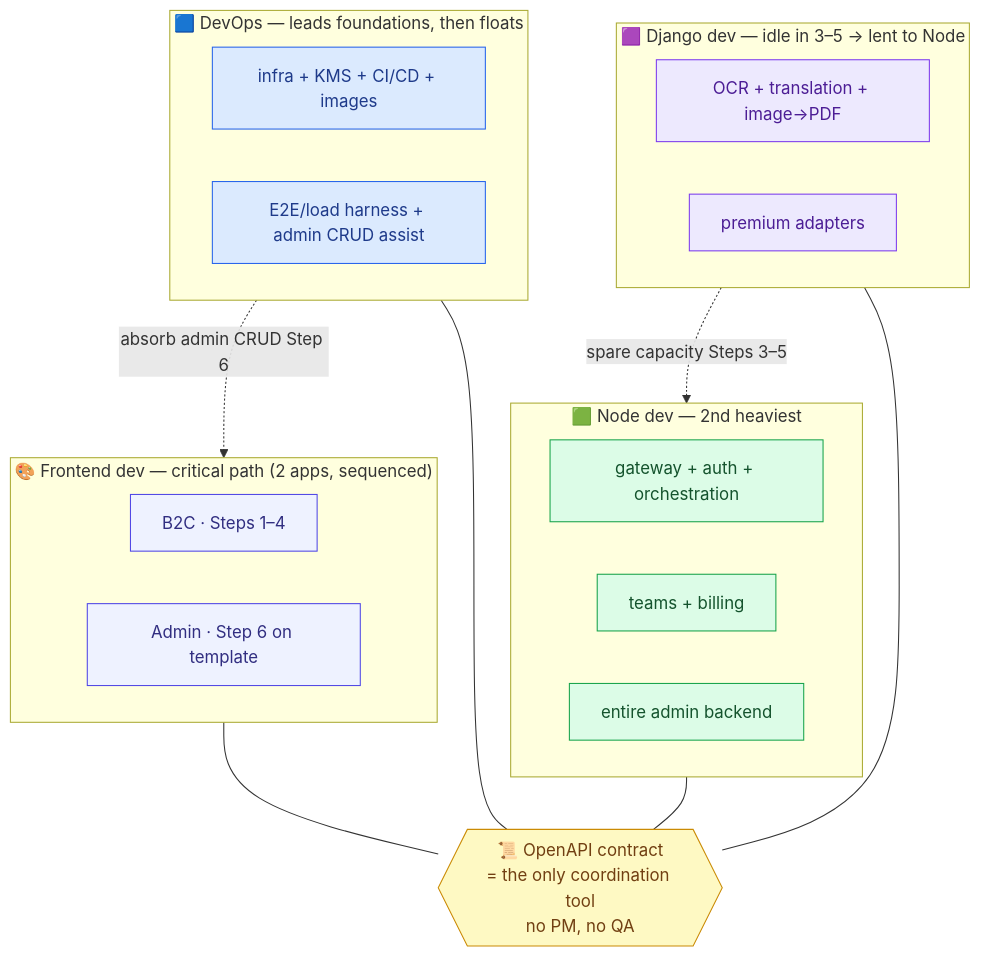
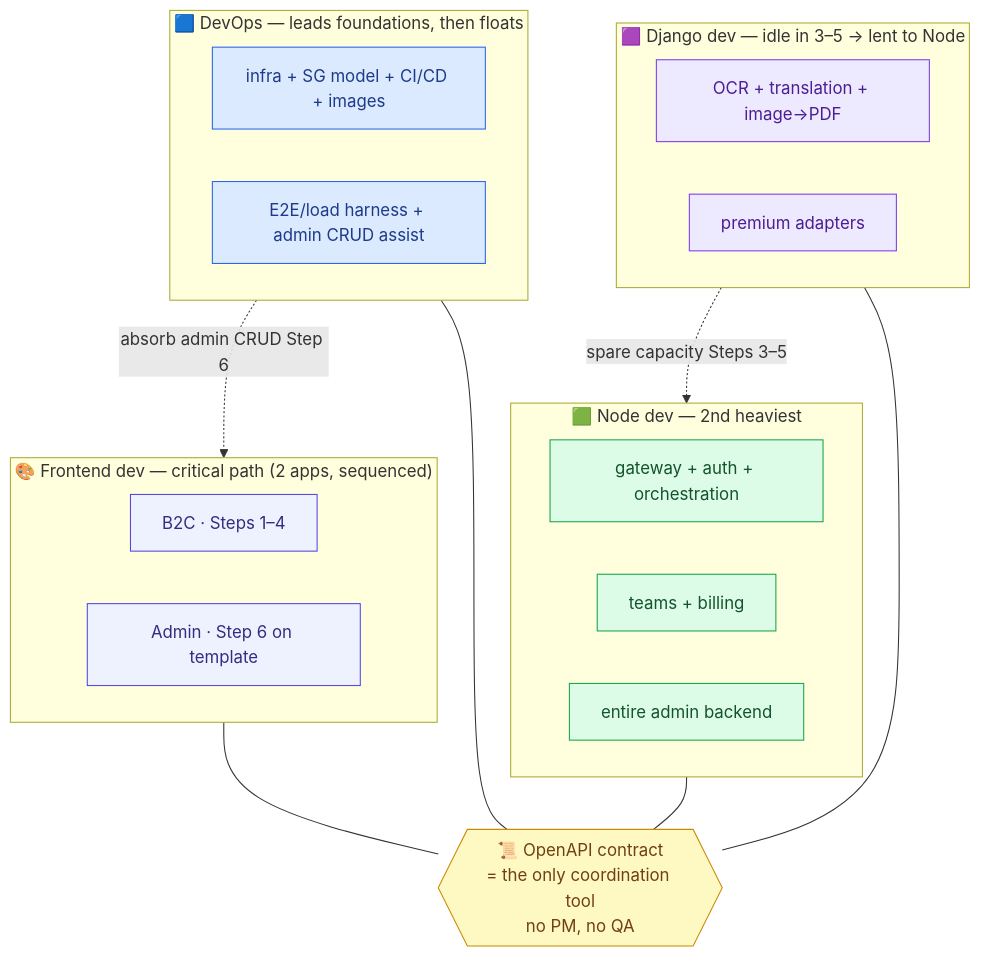
Before and after one commit to Mrutunjay50/DOCS: diagram 11 of 11 in architecture_diagrams.md, drawn with Mermaid. The commit also changed other lines of this file, not shown here.

````diff
--- a/architecture_diagrams.md
+++ b/architecture_diagrams.md
@@ -475,39 +469,39 @@
 ```mermaid
 flowchart TB
     subgraph FE["🎨 Frontend dev — critical path (2 apps, sequenced)"]
         fe1[B2C · Steps 1–4]
         fe2[Admin · Step 6 on template]
     end
     subgraph ND["🟩 Node dev — 2nd heaviest"]
         nd1[gateway + auth + orchestration]
         nd2[teams + billing]
         nd3[entire admin backend]
     end
     subgraph DJ["🟪 Django dev — idle in 3–5 → lent to Node"]
         dj1[OCR + translation + image→PDF]
         dj2[premium adapters]
     end
     subgraph DO["🟦 DevOps — leads foundations, then floats"]
-        do1[infra + KMS + CI/CD + images]
+        do1[infra + SG model + CI/CD + images]
         do2[E2E/load harness + admin CRUD assist]
     end
 
     DJ -. "spare capacity Steps 3–5" .-> ND
     DO -. "absorb admin CRUD Step 6" .-> FE
     CONTRACT{{📜 OpenAPI contract<br/>= the only coordination tool<br/>no PM, no QA}}
     FE --- CONTRACT
     ND --- CONTRACT
     DJ --- CONTRACT
     DO --- CONTRACT
 
     classDef fe fill:#EEF2FF,stroke:#4F46E5,color:#312E81;
     classDef nd fill:#DCFCE7,stroke:#16A34A,color:#14532D;
     classDef dj fill:#EDE9FE,stroke:#7C3AED,color:#4C1D95;
     classDef do fill:#DBEAFE,stroke:#2563EB,color:#1E3A8A;
     classDef con fill:#FEF9C3,stroke:#CA8A04,color:#713F12;
     class fe1,fe2 fe;
     class nd1,nd2,nd3 nd;
     class dj1,dj2 dj;
     class do1,do2 do;
     class CONTRACT con;
 ```
````
